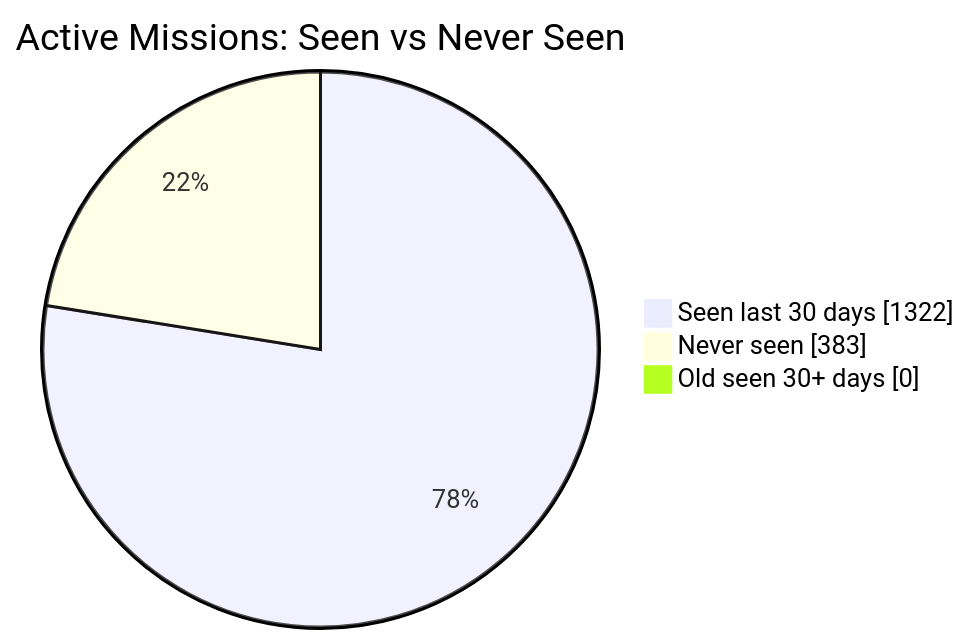
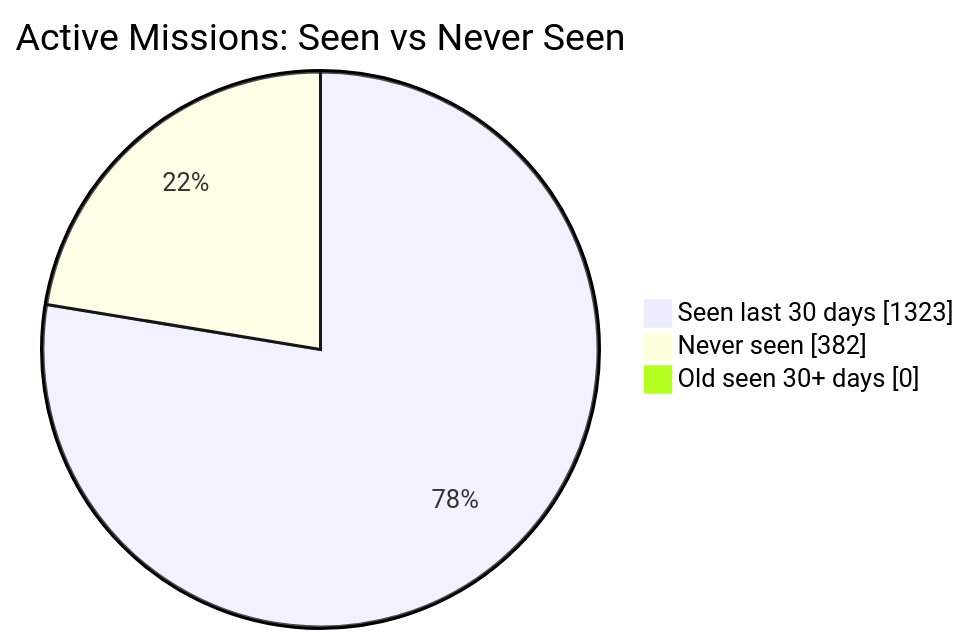
The first of 2 diagrams in README.md (MeldkamerspelGameTeam/active-missions), drawn with Mermaid before and after one commit. The commit also changed other lines of this file and 2 other files, not shown here.

````diff
--- a/README.md
+++ b/README.md
@@ -34,7 +34,7 @@
 ```mermaid
 pie showData
     title Active Missions: Seen vs Never Seen
-    "Seen last 30 days" : 1322
-    "Never seen" : 383
+    "Seen last 30 days" : 1323
+    "Never seen" : 382
     "Old seen 30+ days" : 0
 ```
````
